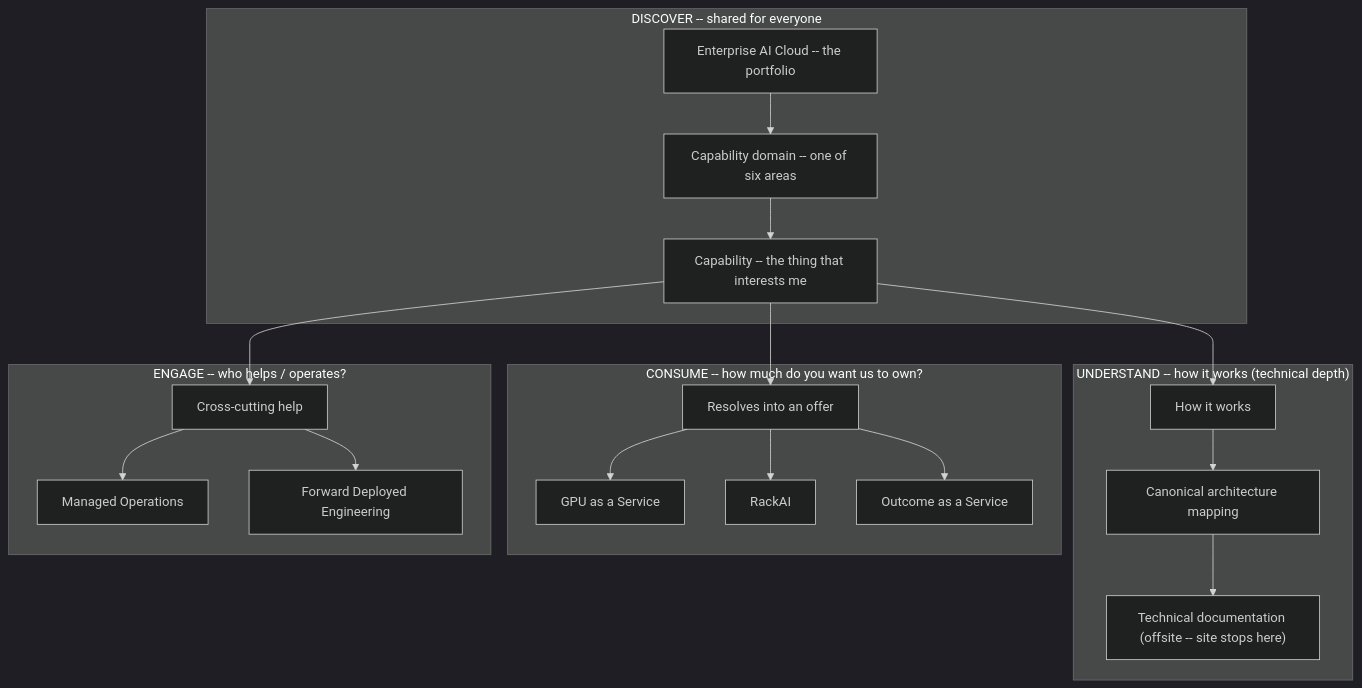
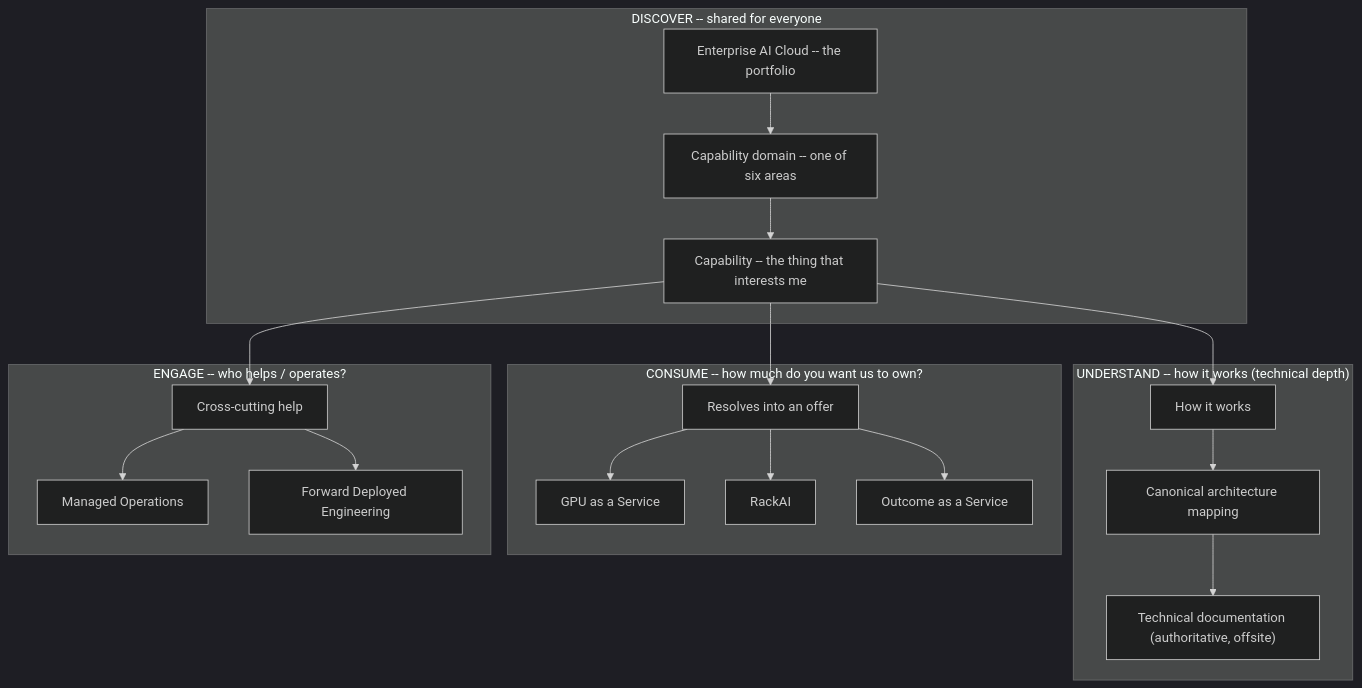
The first of 2 diagrams in 00-hub/Enterprise AI Cloud Product Model.md (eak-mentraAI/rxt_rackai_wiki), drawn with Mermaid (dark theme) before and after one commit. The commit also changed other lines of this file and 4 other files, not shown here.

````diff
--- a/00-hub/Enterprise AI Cloud Product Model.md
+++ b/00-hub/Enterprise AI Cloud Product Model.md
@@ -55,28 +55,28 @@
 ```mermaid
 flowchart TD
     subgraph DISCOVER["DISCOVER -- shared for everyone"]
         D0["Enterprise AI Cloud -- the portfolio"]
         D1["Capability domain -- one of six areas"]
         D2["Capability -- the thing that interests me"]
         D0 --> D1 --> D2
     end
 
     D2 --> U0
     D2 --> C0
     D2 --> E0
 
     subgraph UNDERSTAND["UNDERSTAND -- how it works (technical depth)"]
-        U0["How it works"] --> U1["Canonical architecture mapping"] --> U2["Technical documentation (offsite -- site stops here)"]
+        U0["How it works"] --> U1["Canonical architecture mapping"] --> U2["Technical documentation (authoritative, offsite)"]
     end
 
     subgraph CONSUME["CONSUME -- how much do you want us to own?"]
         C0["Resolves into an offer"] --> C1["GPU as a Service"]
         C0 --> C2["RackAI"]
         C0 --> C3["Outcome as a Service"]
     end
 
     subgraph ENGAGE["ENGAGE -- who helps / operates?"]
         E0["Cross-cutting help"] --> E1["Managed Operations"]
         E0 --> E2["Forward Deployed Engineering"]
     end
 ```
````
